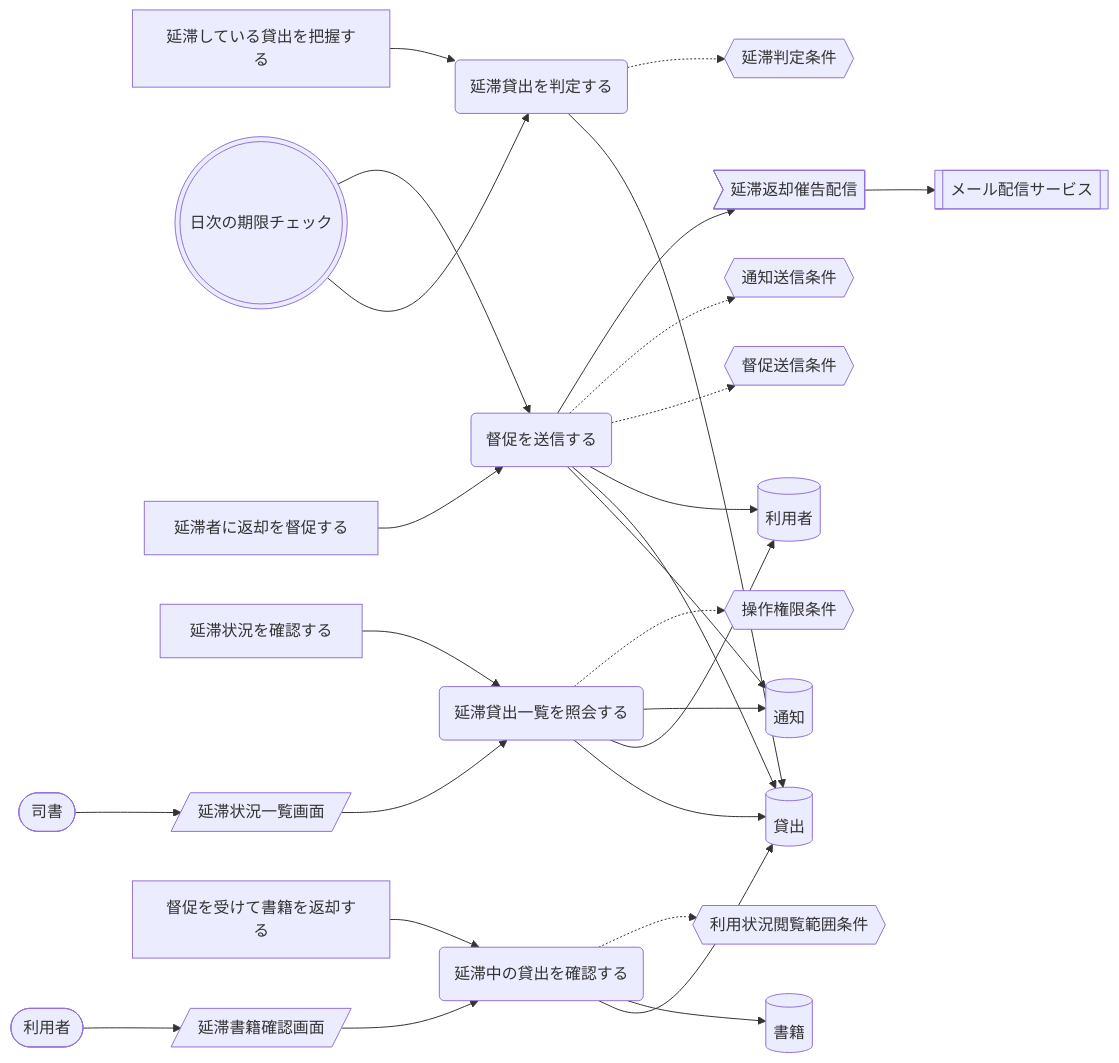
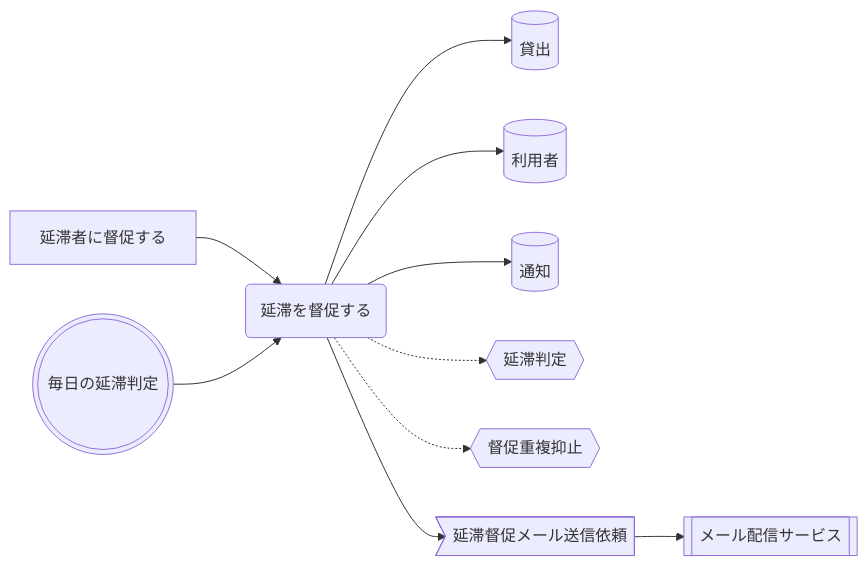
The ninth of 11 diagrams in samples/distillery2/library-loan/docs/requirements/rdra/views/04_UC複合図.md (suwa-sh/suwa-sh-claude-plugins), drawn with Mermaid before and after one commit. The commit also changed other lines of this file and 249 other files, not shown here.

````diff
--- a/samples/distillery2/library-loan/docs/requirements/rdra/views/04_UC複合図.md
+++ b/samples/distillery2/library-loan/docs/requirements/rdra/views/04_UC複合図.md
@@ -396,53 +329,22 @@
 ```mermaid
 graph LR
-  UC1("延滞貸出を判定する")
-  AT1["延滞している貸出を把握する"]
+  UC1("延滞を督促する")
+  AT1["延滞者に督促する"]
   IF1[("貸出")]
-  CD1{{"延滞判定条件"}}
-  TM1((("日次の期限チェック")))
-  UC2("督促を送信する")
-  AT2["延滞者に返却を督促する"]
-  IF2[("通知")]
-  IF3[("利用者")]
-  CD2{{"督促送信条件"}}
-  CD3{{"通知送信条件"}}
-  EV1>"延滞返却催告配信"]
+  IF2[("利用者")]
+  IF3[("通知")]
+  CD1{{"延滞判定"}}
+  CD2{{"督促重複抑止"}}
+  TM1((("毎日の延滞判定")))
+  EV1>"延滞督促メール送信依頼"]
   EX1[["メール配信サービス"]]
-  UC3("延滞貸出一覧を照会する")
-  AT3["延滞状況を確認する"]
-  CD4{{"操作権限条件"}}
-  SC1[/"延滞状況一覧画面"/]
-  AC1(["司書"])
-  UC4("延滞中の貸出を確認する")
-  AT4["督促を受けて書籍を返却する"]
-  IF4[("書籍")]
-  CD5{{"利用状況閲覧範囲条件"}}
-  SC2[/"延滞書籍確認画面"/]
-  AC2(["利用者"])
   AT1 --> UC1
   UC1 --> IF1
+  UC1 --> IF2
+  UC1 --> IF3
   UC1 -.-> CD1
+  UC1 -.-> CD2
   TM1 --> UC1
-  AT2 --> UC2
-  UC2 --> IF2
-  UC2 --> IF1
-  UC2 --> IF3
-  UC2 -.-> CD2
-  UC2 -.-> CD3
-  TM1 --> UC2
-  UC2 --> EV1
+  UC1 --> EV1
   EV1 --> EX1
-  AT3 --> UC3
-  UC3 --> IF1
-  UC3 --> IF3
-  UC3 --> IF2
-  UC3 -.-> CD4
-  AC1 --> SC1
-  SC1 --> UC3
-  AT4 --> UC4
-  UC4 --> IF1
-  UC4 --> IF4
-  UC4 -.-> CD5
-  AC2 --> SC2
-  SC2 --> UC4
 ```
````
